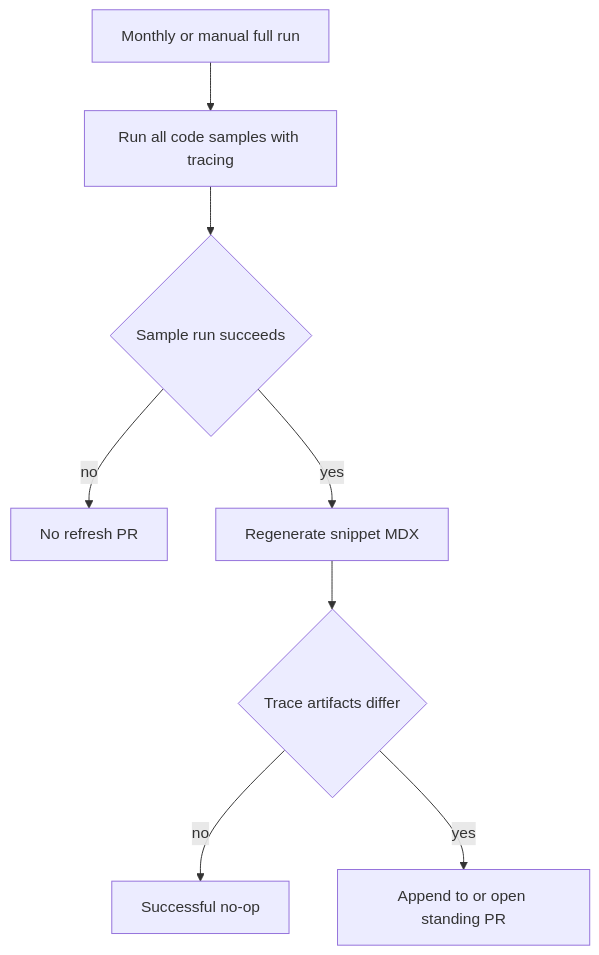
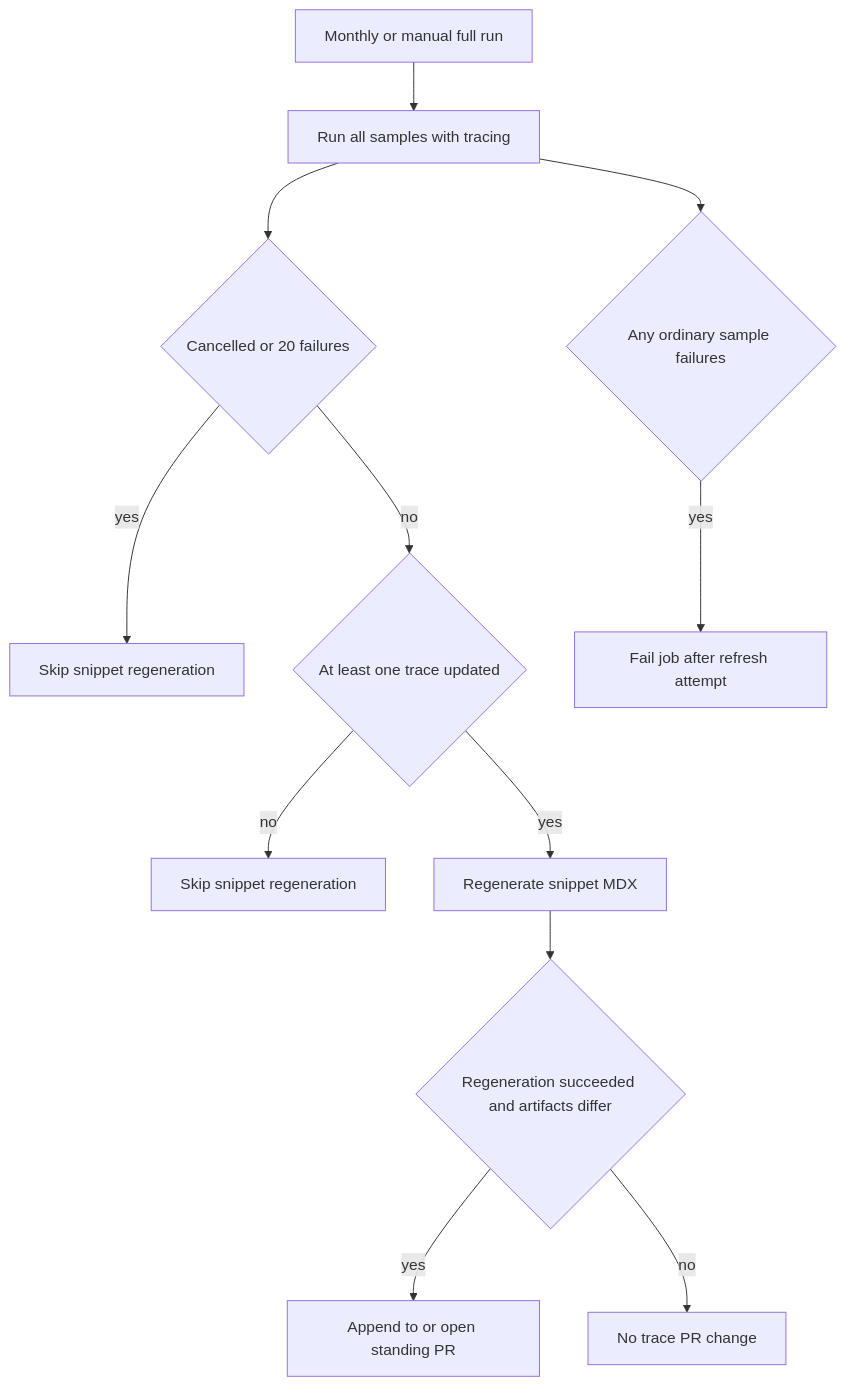
One commit to langchain-ai/docs changed the third of 3 diagrams in openwiki/integrations/github-actions.md. Above: the diagram before and after it, drawn with Mermaid. The commit also changed other lines of this file and 26 other files, not shown here.

````diff
--- a/openwiki/integrations/github-actions.md
+++ b/openwiki/integrations/github-actions.md
@@ -151,10 +153,14 @@
 ```mermaid
 flowchart TD
-  Full["Monthly or manual full run"] --> Samples["Run all code samples with tracing"]
-  Samples --> Passed{"Sample run succeeds"}
-  Passed -->|"no"| Stop["No refresh PR"]
-  Passed -->|"yes"| Snippets["Regenerate snippet MDX"]
-  Snippets --> Changed{"Trace artifacts differ"}
-  Changed -->|"no"| Noop["Successful no-op"]
-  Changed -->|"yes"| TracePR["Append to or open standing PR"]
+  Full["Monthly or manual full run"] --> Samples["Run all samples with tracing"]
+  Samples --> Result{"Cancelled or 20 failures"}
+  Result -->|"yes"| Skip["Skip snippet regeneration"]
+  Result -->|"no"| Traces{"At least one trace updated"}
+  Traces -->|"no"| NoTrace["Skip snippet regeneration"]
+  Traces -->|"yes"| Snippets["Regenerate snippet MDX"]
+  Snippets --> Refresh{"Regeneration succeeded and artifacts differ"}
+  Refresh -->|"yes"| TracePR["Append to or open standing PR"]
+  Refresh -->|"no"| Noop["No trace PR change"]
+  Samples --> Final{"Any ordinary sample failures"}
+  Final -->|"yes"| Fail["Fail job after refresh attempt"]
 ```
````
